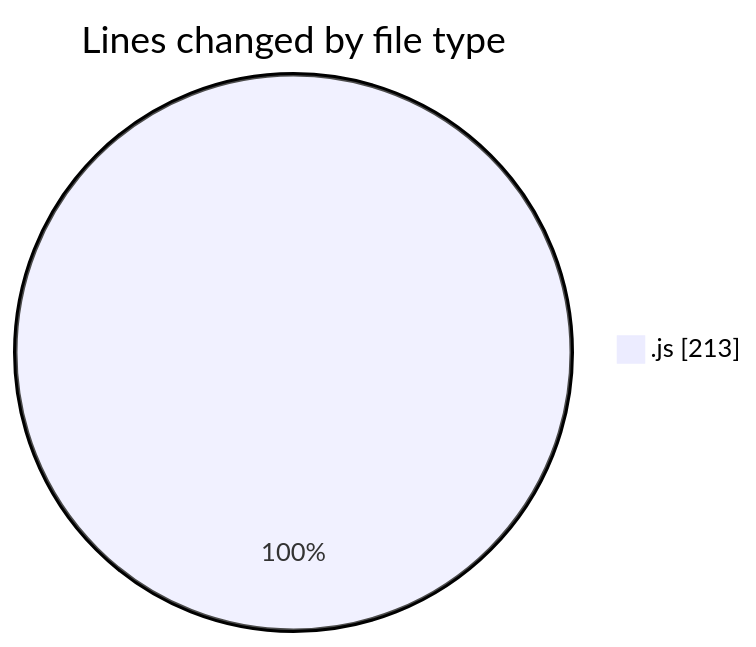
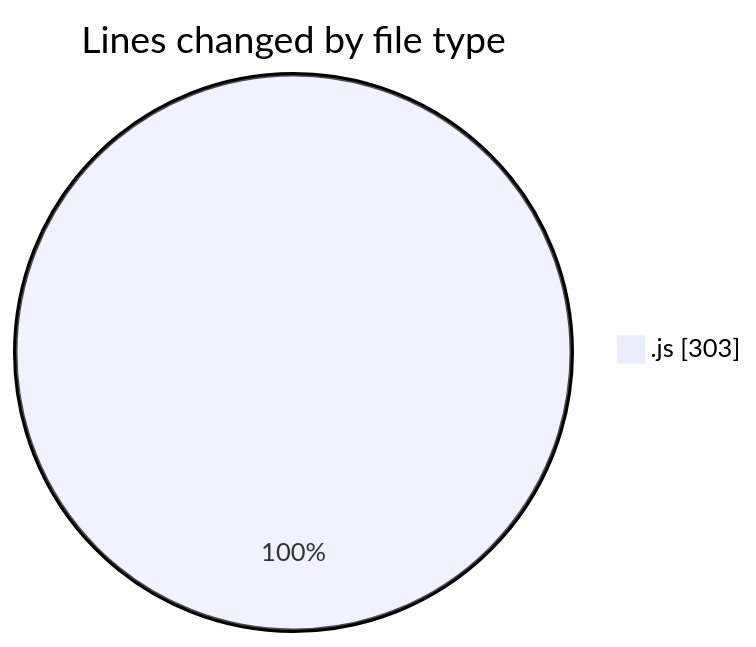
The first of 2 diagrams in 2025-05-21/nxtqube_webapp/README.md (nxtqubesakshisongat/code-tracking), drawn with Mermaid before and after one commit. The commit also changed other lines of this file and 1 other file, not shown here.

````diff
--- a/2025-05-21/nxtqube_webapp/README.md
+++ b/2025-05-21/nxtqube_webapp/README.md
@@ -20,5 +22,5 @@
 ```mermaid
 pie showData
 title Lines changed by file type
-".js" : 213
+".js" : 303
 ```
````
